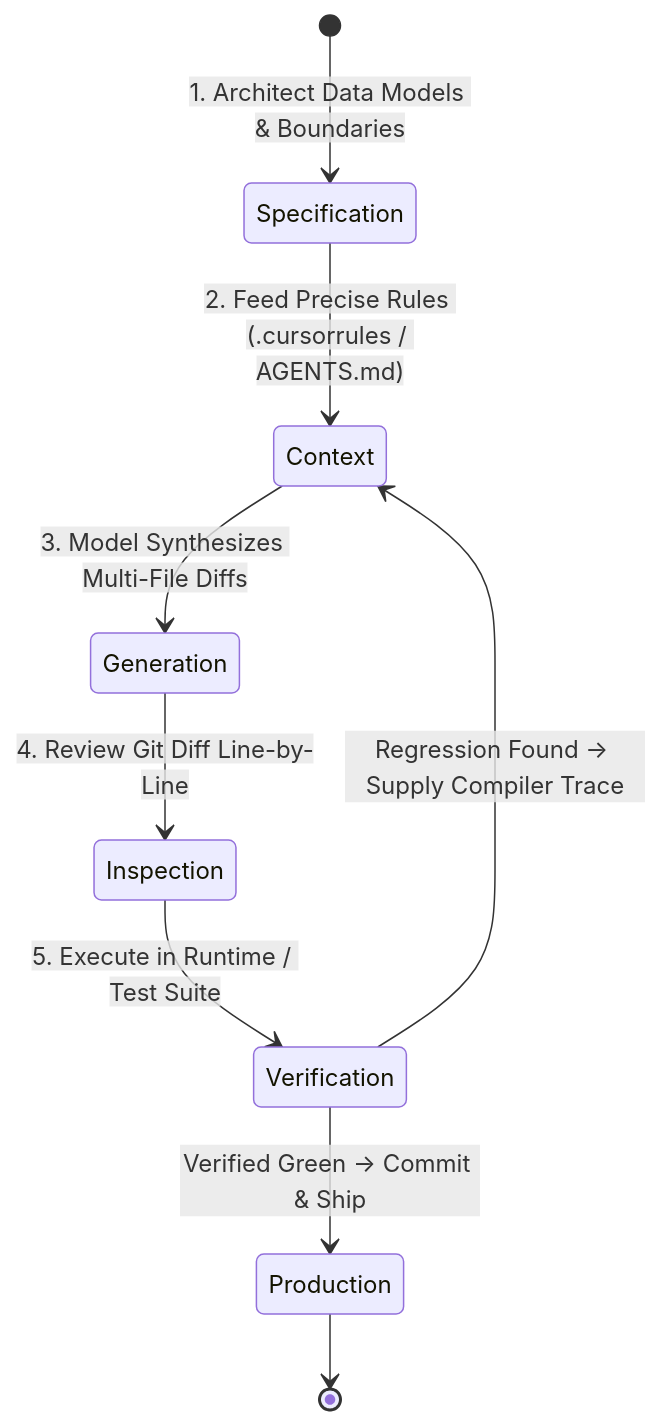
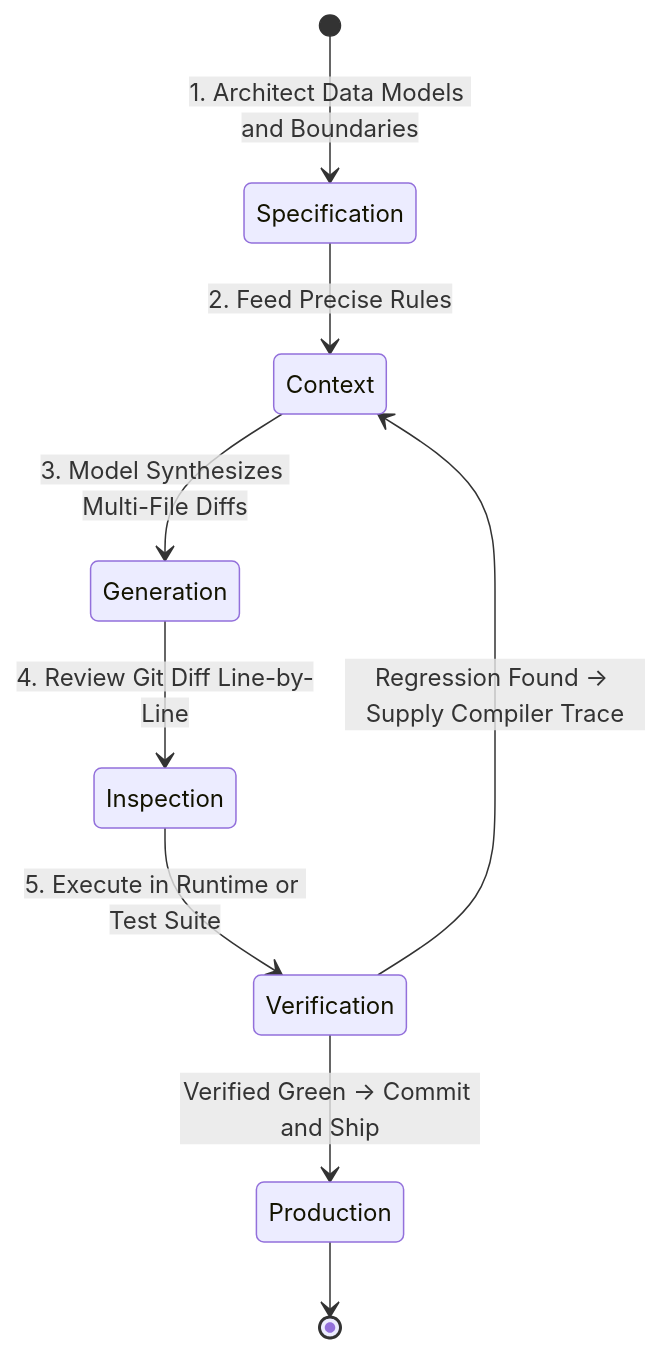
One commit to Karang1908/vibecoding changed the fifth of 5 diagrams in docs/day-1/01-what-is-vibecoding.md. Above: the diagram before and after it, drawn with Mermaid. The commit also changed other lines of this file and 21 other files, not shown here.

````diff
--- a/docs/day-1/01-what-is-vibecoding.md
+++ b/docs/day-1/01-what-is-vibecoding.md
@@ -148,11 +185,11 @@
 ```mermaid
 stateDiagram-v2
-    [*] --> Specification: 1. Architect Data Models & Boundaries
-    Specification --> Context: 2. Feed Precise Rules (.cursorrules / AGENTS.md)
+    [*] --> Specification: 1. Architect Data Models and Boundaries
+    Specification --> Context: 2. Feed Precise Rules
     Context --> Generation: 3. Model Synthesizes Multi-File Diffs
     Generation --> Inspection: 4. Review Git Diff Line-by-Line
-    Inspection --> Verification: 5. Execute in Runtime / Test Suite
+    Inspection --> Verification: 5. Execute in Runtime or Test Suite
     Verification --> Context: Regression Found -> Supply Compiler Trace
-    Verification --> Production: Verified Green -> Commit & Ship
+    Verification --> Production: Verified Green -> Commit and Ship
     Production --> [*]
 ```
````
